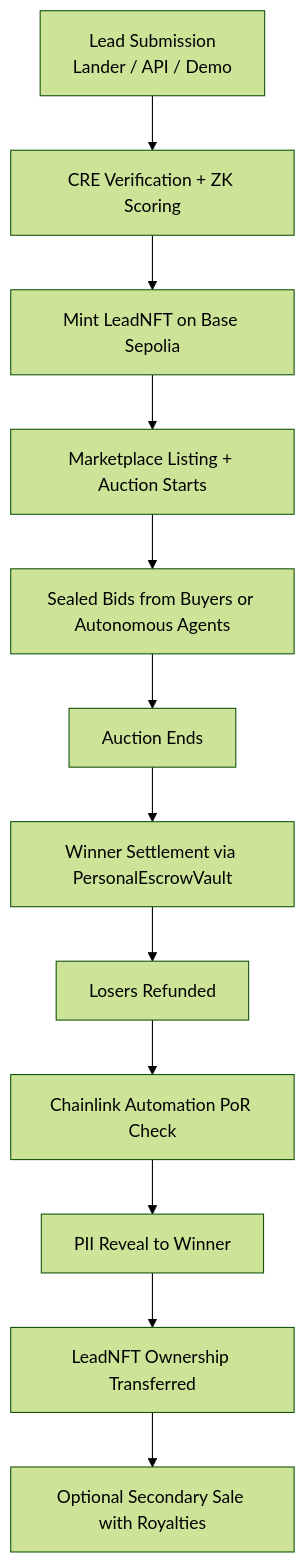
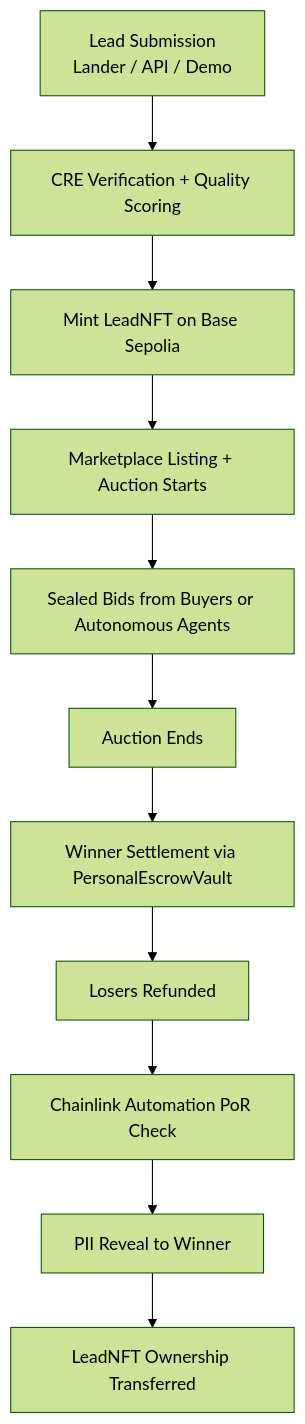
One commit to bnmbnmai/lead-engine-cre changed the first of 2 diagrams in README.md. Above: the diagram before and after it, drawn with Mermaid (forest theme). The commit also changed other lines of this file and 6 other files, not shown here.

````diff
--- a/README.md
+++ b/README.md
@@ -30,14 +36,13 @@
 ```mermaid
 graph TD
-    A["Lead Submission<br>Lander / API / Demo"] --> B["CRE Verification + ZK Scoring"]
+    A["Lead Submission<br>Lander / API / Demo"] --> B["CRE Verification + Quality Scoring"]
     B --> C["Mint LeadNFT on Base Sepolia"]
     C --> D["Marketplace Listing + Auction Starts"]
     D --> E["Sealed Bids from Buyers or Autonomous Agents"]
     E --> F["Auction Ends"]
     F --> G["Winner Settlement via PersonalEscrowVault"]
     G --> H["Losers Refunded"]
     H --> I["Chainlink Automation PoR Check"]
     I --> J["PII Reveal to Winner"]
     J --> K["LeadNFT Ownership Transferred"]
-    K --> L["Optional Secondary Sale with Royalties"]
 ```
````
